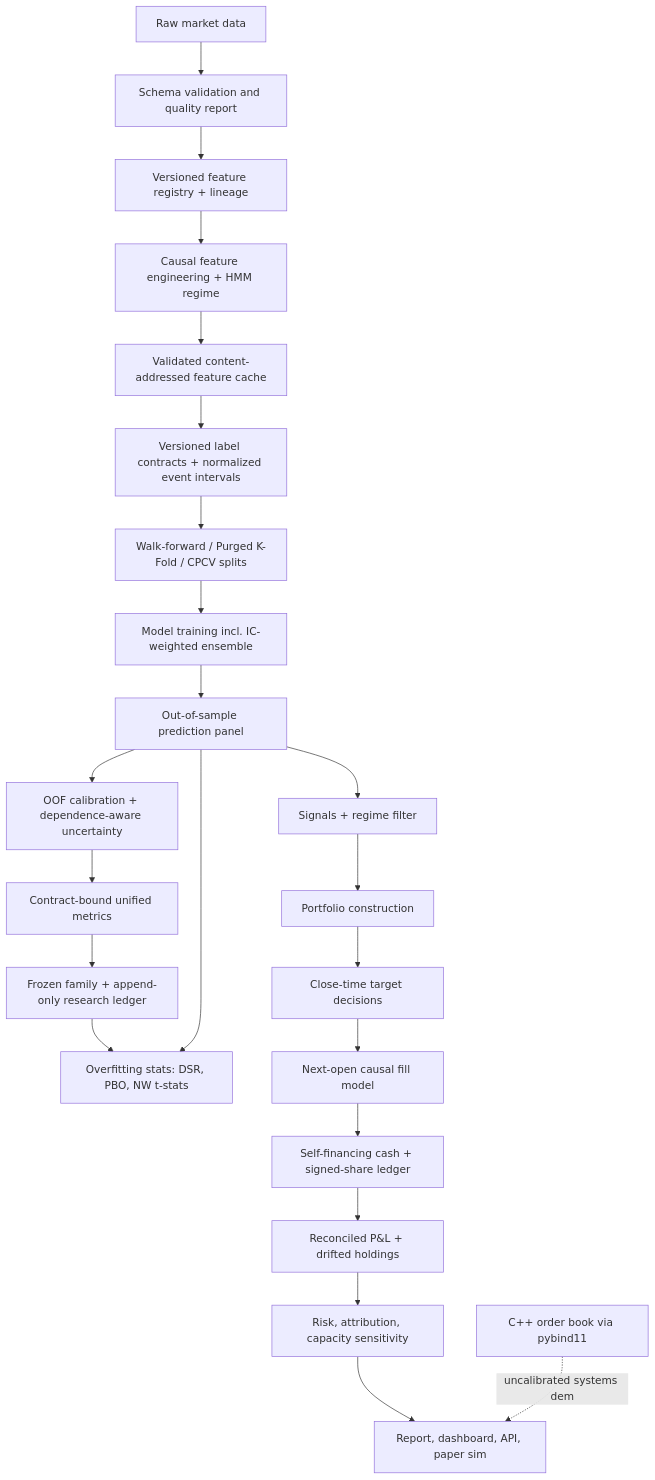
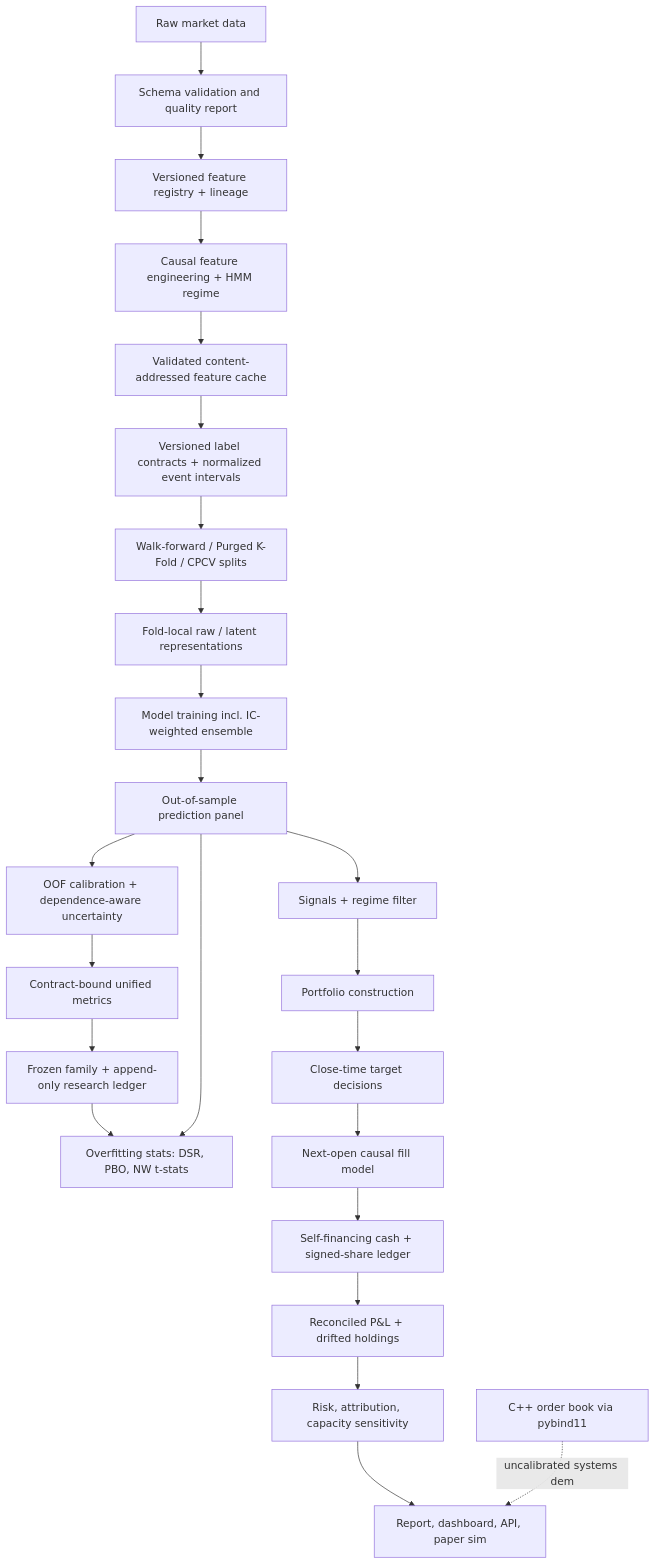
The diagram in docs/architecture.md (srgangaram-swe/AlphaForge), drawn with Mermaid before and after one commit. The commit also changed other lines of this file and 24 other files, not shown here.

Commit message:
feat(representations): add leakage-safe latent study

````diff
--- a/docs/architecture.md
+++ b/docs/architecture.md
@@ -5,25 +5,26 @@
 ```mermaid
 flowchart TD
     raw[Raw market data] --> validate[Schema validation and quality report]
     validate --> registry[Versioned feature registry + lineage]
     registry --> features[Causal feature engineering + HMM regime]
     features --> cache[Validated content-addressed feature cache]
     cache --> labels[Versioned label contracts + normalized event intervals]
     labels --> splits[Walk-forward / Purged K-Fold / CPCV splits]
-    splits --> models[Model training incl. IC-weighted ensemble]
+    splits --> representations[Fold-local raw / latent representations]
+    representations --> models[Model training incl. IC-weighted ensemble]
     models --> preds[Out-of-sample prediction panel]
     preds --> calibration[OOF calibration + dependence-aware uncertainty]
     calibration --> metrics[Contract-bound unified metrics]
     metrics --> governance[Frozen family + append-only research ledger]
     governance --> overfit
     preds --> overfit[Overfitting stats: DSR, PBO, NW t-stats]
     preds --> signals[Signals + regime filter]
     signals --> portfolio[Portfolio construction]
     portfolio --> orders[Close-time target decisions]
     orders --> execution[Next-open causal fill model]
     execution --> ledger[Self-financing cash + signed-share ledger]
     ledger --> backtest[Reconciled P&L + drifted holdings]
     backtest --> risk[Risk, attribution, capacity sensitivity]
     risk --> outputs[Report, dashboard, API, paper sim]
     native[C++ order book via pybind11] -.uncalibrated systems demo.-> outputs
 ```
````
